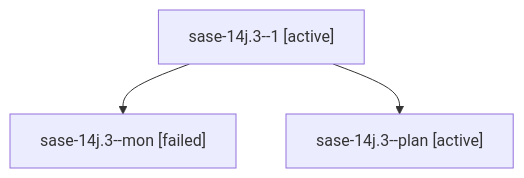
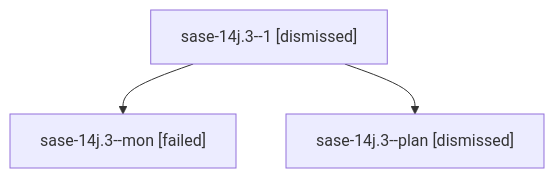
The diagram in sessions/bbugyi200.athena.sase-14j.3.md (sase-org/sase--agents), drawn with Mermaid before and after one commit. The commit also changed other lines of this file and 85 other files, not shown here.

````diff
--- a/sessions/bbugyi200.athena.sase-14j.3.md
+++ b/sessions/bbugyi200.athena.sase-14j.3.md
@@ -9,8 +9,8 @@
 ```mermaid
 flowchart TD
-  n0["sase-14j.3--1 [active]"]
+  n0["sase-14j.3--1 [dismissed]"]
   n1["sase-14j.3--mon [failed]"]
   n0 --> n1
-  n2["sase-14j.3--plan [active]"]
+  n2["sase-14j.3--plan [dismissed]"]
   n0 --> n2
 ```
````
